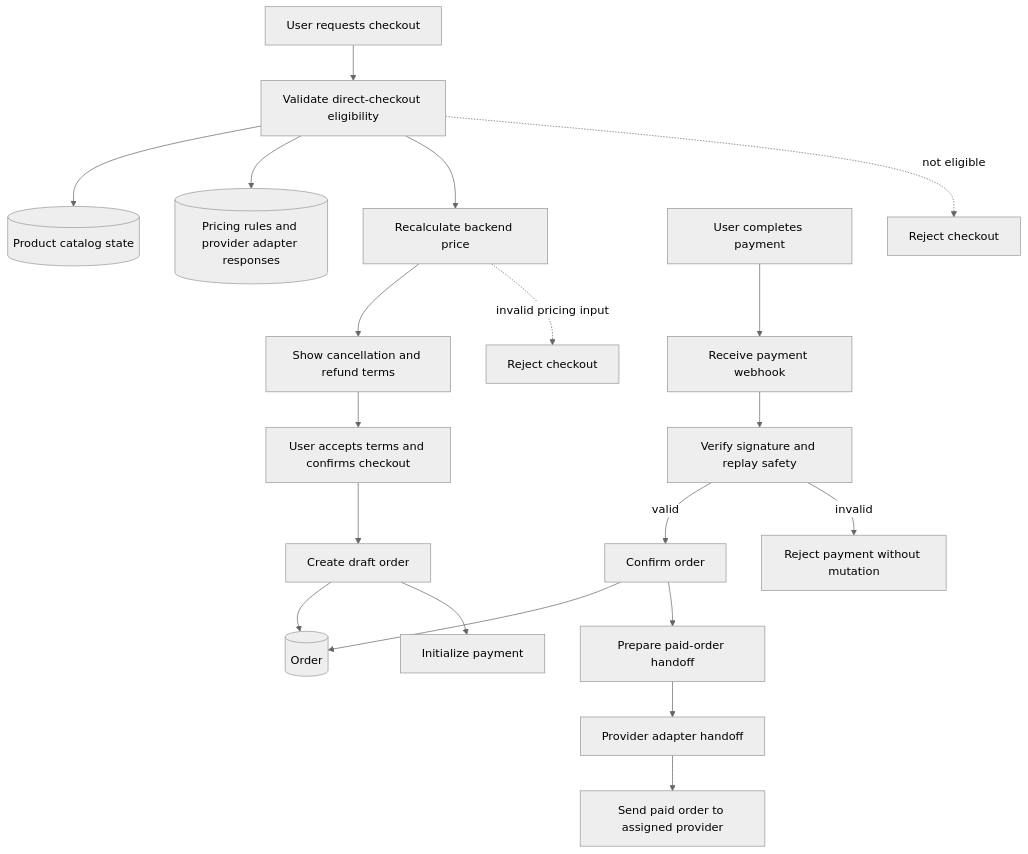
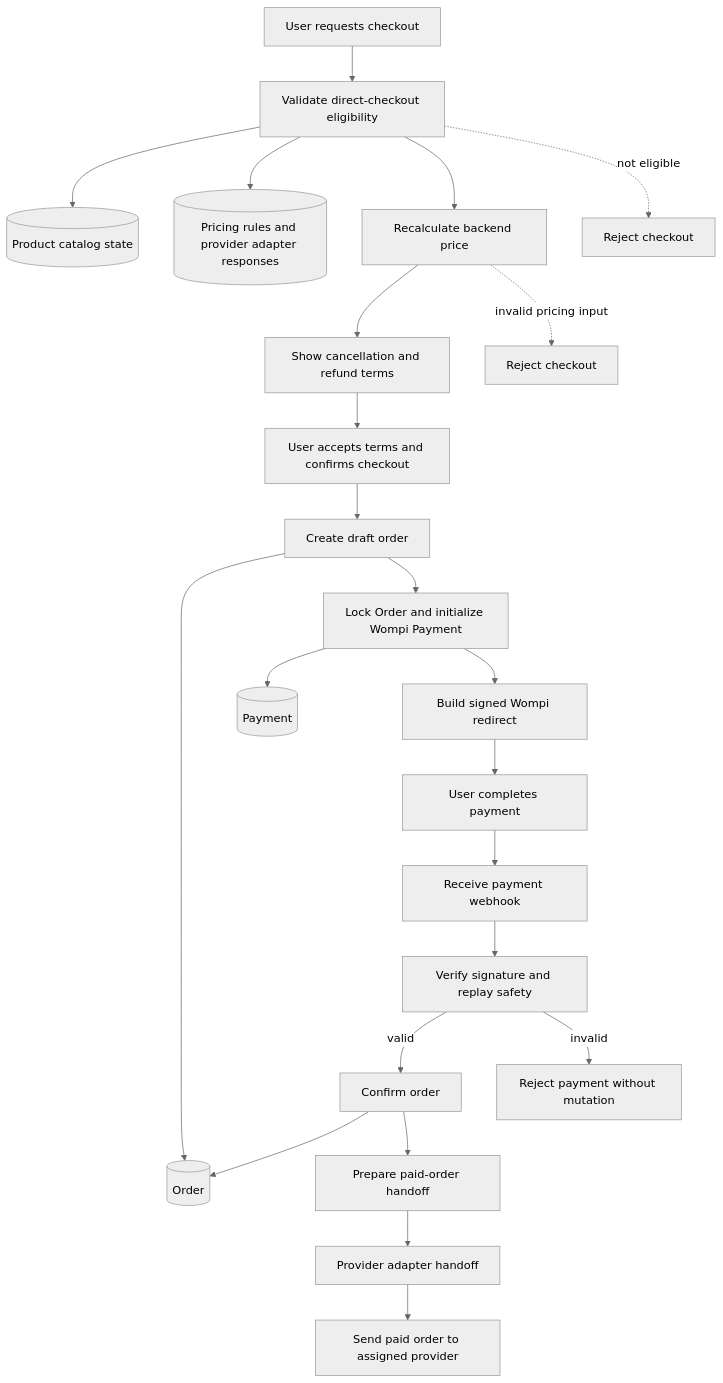
One commit to jovillal/placamia changed the first of 2 diagrams in docs/flows/checkout-flow.md. Above: the diagram before and after it, drawn with Mermaid (neutral theme). The commit also changed other lines of this file and 32 other files, not shown here.

````diff
--- a/docs/flows/checkout-flow.md
+++ b/docs/flows/checkout-flow.md
@@ -18,31 +18,33 @@
 ```mermaid
 flowchart TD
     U1[User requests checkout] --> B1[Validate direct-checkout eligibility]
 
     B1 --> D1[(Product catalog state)]
     B1 --> D2[(Pricing rules and provider adapter responses)]
 
     B1 --> B2[Recalculate backend price]
     B2 --> B3[Show cancellation and refund terms]
     B3 --> U2[User accepts terms and confirms checkout]
 
     U2 --> B4[Create draft order]
     B4 --> D3[(Order)]
 
-    B4 --> B5[Initialize payment]
-
-    U3[User completes payment] --> B6[Receive payment webhook]
+    B4 --> B5[Lock Order and initialize Wompi Payment]
+    B5 --> D4[(Payment)]
+    B5 --> W1[Build signed Wompi redirect]
+    W1 --> U3[User completes payment]
+    U3 --> B6[Receive payment webhook]
 
     B6 --> B7[Verify signature and replay safety]
 
     B7 -->|valid| B8[Confirm order]
     B7 -->|invalid| R1[Reject payment without mutation]
 
     B8 --> D3
     B8 --> B9[Prepare paid-order handoff]
     B9 --> A1[Provider adapter handoff]
     A1 --> P1[Send paid order to assigned provider]
 
     B1 -. not eligible .-> R2[Reject checkout]
     B2 -. invalid pricing input .-> R3[Reject checkout]
 ```
````
